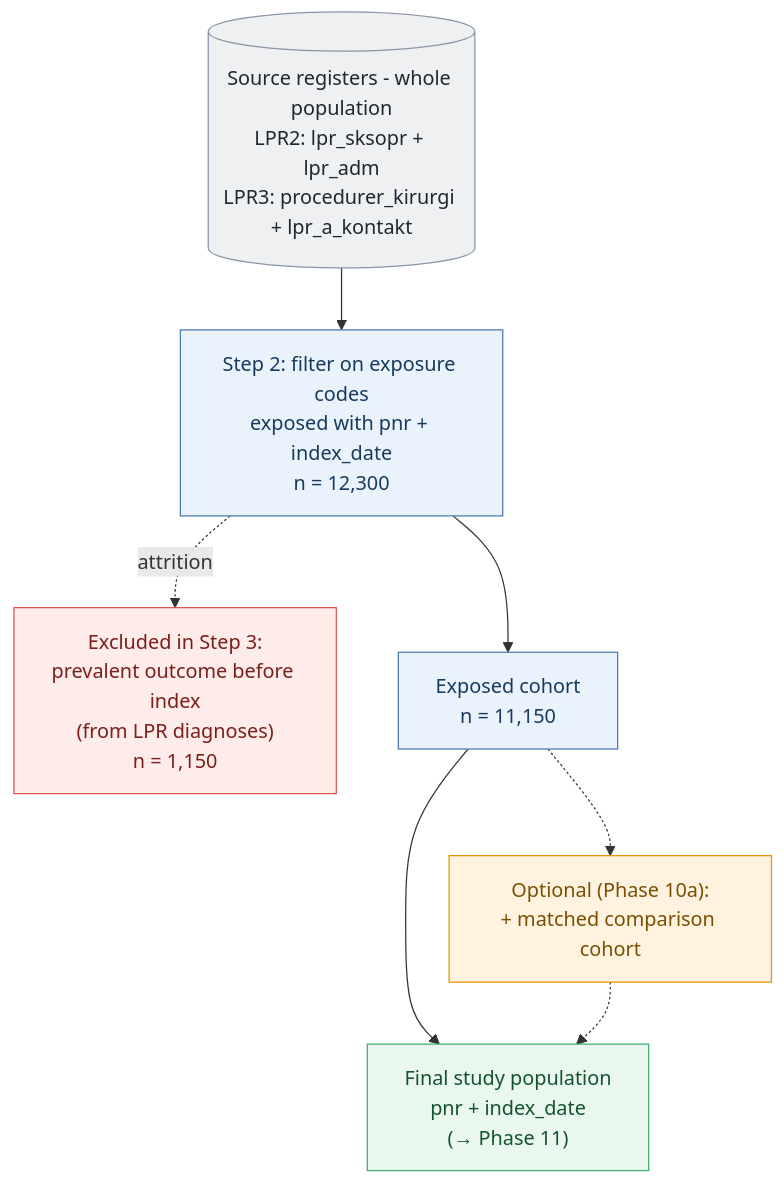
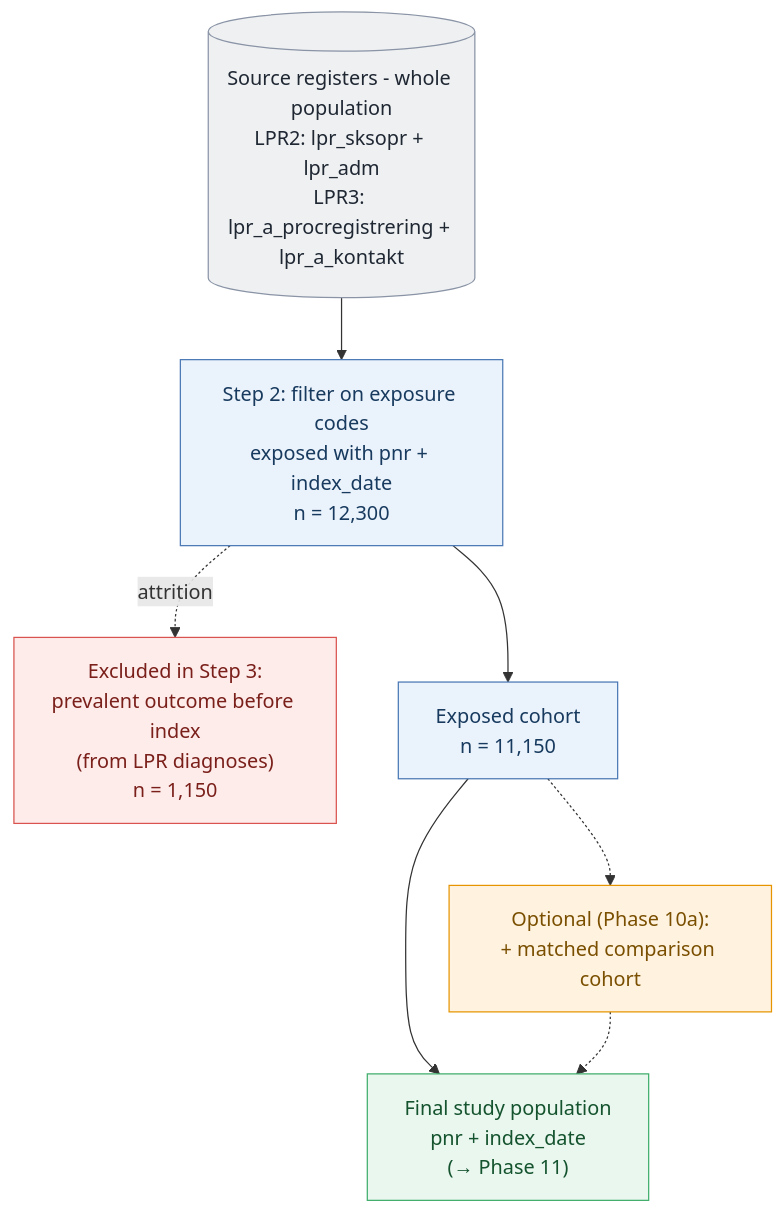
One commit to steno-aarhus/registers-guide changed the diagram in 10_build-study-population.qmd. Above: the diagram before and after it, drawn with Mermaid. The commit also changed other lines of this file and 9 other files, not shown here.

````diff
--- a/10_build-study-population.qmd
+++ b/10_build-study-population.qmd
@@ -432,22 +431,22 @@
 ```{mermaid}
 flowchart TD
-    A[("Source registers - whole population<br>LPR2: lpr_sksopr + lpr_adm<br>LPR3: procedurer_kirurgi + lpr_a_kontakt")]:::store
+    A[("Source registers - whole population<br>LPR2: lpr_sksopr + lpr_adm<br>LPR3: lpr_a_procregistrering + lpr_a_kontakt")]:::store
     B["Step 2: filter on exposure codes<br>exposed with pnr + index_date<br>n = 12,300"]:::step
     E1["Excluded in Step 3:<br>prevalent outcome before index<br>(from LPR diagnoses)<br>n = 1,150"]:::excl
     C["Exposed cohort<br>n = 11,150"]:::step
     F["Optional (Phase 10a):<br>+ matched comparison cohort"]:::optional
     D["Final study population<br>pnr + index_date<br>(→ Phase 11)"]:::result
 
     A --> B
     B --> C
     B -.->|attrition| E1
     C -.-> F
     C --> D
     F -.-> D
 
     classDef store fill:#eef0f2,stroke:#8a94a6,color:#1f2733;
     classDef step fill:#eaf2fb,stroke:#4a78b5,color:#173a5e;
     classDef excl fill:#fdecea,stroke:#d9534f,color:#7a1f1a;
     classDef optional fill:#fff3e0,stroke:#e69500,color:#7a4f00;
     classDef result fill:#e9f7ef,stroke:#3fae6b,color:#14532d;
 ```
````
